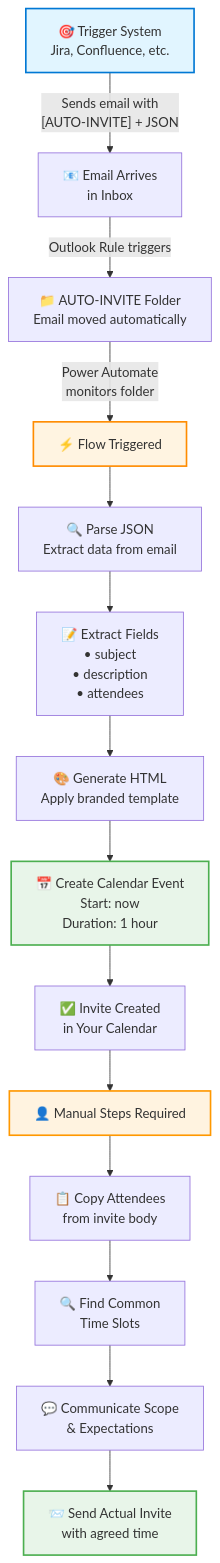
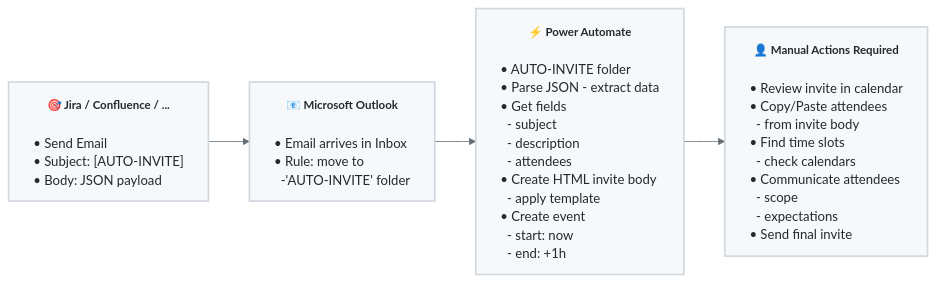
Before and after one commit to johantre/ms-outlook-invite: the diagram in README.md, drawn with Mermaid.

Commit message:
readability++

````diff
--- a/README.md
+++ b/README.md
@@ -15,23 +15,18 @@
 ```mermaid
-graph TD
-    A["🎯 Trigger System<br/>Jira, Confluence, etc."] -->|"Sends email with<br/>[AUTO-INVITE] + JSON"| B["📧 Email Arrives<br/>in Inbox"]
-    B -->|"Outlook Rule triggers"| C["📁 AUTO-INVITE Folder<br/>Email moved automatically"]
-    C -->|"Power Automate<br/>monitors folder"| D["⚡ Flow Triggered"]
-    D --> E["🔍 Parse JSON<br/>Extract data from email"]
-    E --> F["📝 Extract Fields<br/>• subject<br/>• description<br/>• attendees"]
-    F --> G["🎨 Generate HTML<br/>Apply branded template"]
-    G --> H["📅 Create Calendar Event<br/>Start: now<br/>Duration: 1 hour"]
-    H --> I["✅ Invite Created<br/>in Your Calendar"]
+%%{init: {'theme':'base', 'themeVariables': { 'primaryColor':'#f6f8fa','primaryTextColor':'#24292f','primaryBorderColor':'#d0d7de','lineColor':'#656d76','secondaryColor':'#f6f8fa','tertiaryColor':'#f6f8fa'}}}%%
+graph LR
+    JIRA["<b style='font-size:14px'>🎯 Jira / Confluence / ...</b><br/><br/><div style='text-align:left;line-height:1.4'>• Send Email<br/>• Subject: [AUTO-INVITE]<br/>• Body: JSON payload</div>"]
     
-    I --> J["👤 Manual Steps Required"]
-    J --> K["📋 Copy Attendees<br/>from invite body"]
-    K --> L["🔍 Find Common<br/>Time Slots"]
-    L --> M["💬 Communicate Scope<br/>& Expectations"]
-    M --> N["📨 Send Actual Invite<br/>with agreed time"]
+    OUTLOOK["<b style='font-size:14px'>📧 Microsoft Outlook</b><br/><br/><div style='text-align:left;line-height:1.4'>• Email arrives in Inbox<br/>• Rule: move to<br/>&nbsp;&nbsp;-'AUTO-INVITE' folder</div>"]
     
-    style A fill:#e1f5ff,stroke:#0078d4,stroke-width:2px
-    style D fill:#fff4e1,stroke:#ff8c00,stroke-width:2px
-    style H fill:#e8f5e9,stroke:#4caf50,stroke-width:2px
-    style J fill:#fff3e0,stroke:#ff9800,stroke-width:2px
-    style N fill:#e8f5e9,stroke:#4caf50,stroke-width:2px
+    PA["<b style='font-size:14px'>⚡ Power Automate</b><br/><br/><div style='text-align:left;line-height:1.4'>• AUTO-INVITE folder<br/>• Parse JSON - extract data<br/>• Get fields<br/>&nbsp;&nbsp;- subject<br/>&nbsp;&nbsp;- description<br/>&nbsp;&nbsp;- attendees<br/>• Create HTML invite body<br/>&nbsp;&nbsp;- apply template<br/>• Create event<br/>&nbsp;&nbsp;- start: now<br/>&nbsp;&nbsp;- end: +1h</div>"]
+    
+    MANUAL["<b style='font-size:14px'>👤 Manual Actions Required</b><br/><br/><div style='text-align:left;line-height:1.4'>• Review invite in calendar<br/>• Copy/Paste attendees<br/>&nbsp;&nbsp;- from invite body<br/>• Find time slots<br/>&nbsp;&nbsp;- check calendars<br/>• Communicate attendees<br/>&nbsp;&nbsp;- scope<br/>&nbsp;&nbsp;- expectations<br/>• Send final invite</div>"]
+    
+    JIRA --> OUTLOOK --> PA --> MANUAL
+    
+    style JIRA fill:#f6f8fa,stroke:#d0d7de,stroke-width:2px,color:#24292f
+    style OUTLOOK fill:#f6f8fa,stroke:#d0d7de,stroke-width:2px,color:#24292f
+    style PA fill:#f6f8fa,stroke:#d0d7de,stroke-width:2px,color:#24292f
+    style MANUAL fill:#f6f8fa,stroke:#d0d7de,stroke-width:2px,color:#24292f
 ```
````
